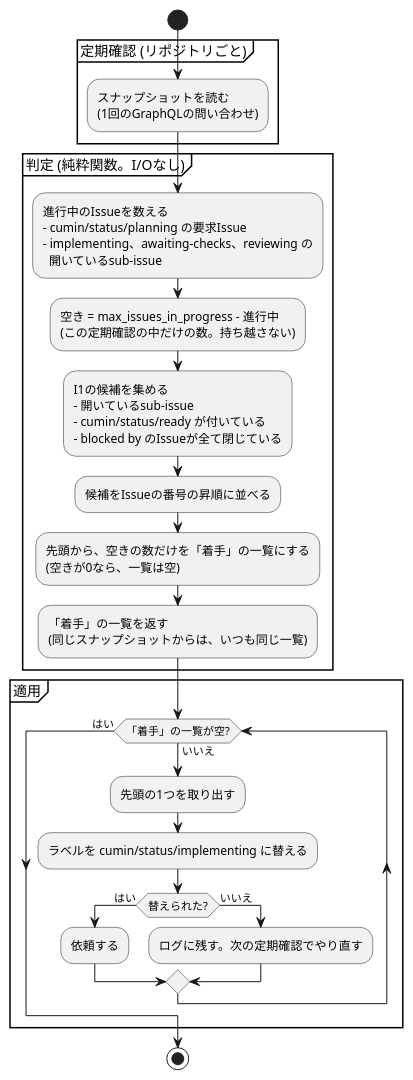
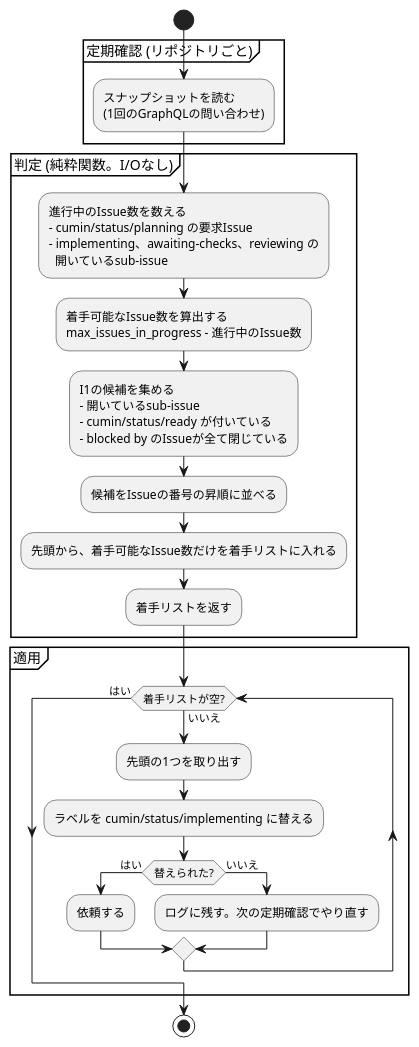
The diagram in docs/ja/designs/cumin-core-decide.puml (cloveclovedev/cumin-works), drawn with PlantUML before and after one commit. The commit also changed 2 other files, not shown here.

Commit message:
docs(designs): reword the poll decision flowchart
Refs #63

Claude-Session: https://claude.ai/code/session_01CuH4C7GSopw23VYFhpxdmr

```diff
--- a/docs/ja/designs/cumin-core-decide.puml
+++ b/docs/ja/designs/cumin-core-decide.puml
@@ -1,42 +1,40 @@
 @startuml cumin-core-decide
-' cumin works - 定期確認の判定。スナップショットから動作の列を決める。
+' cumin works - 定期確認の判定。スナップショットから着手リストを決める。
 ' 行の番号 (I1 など) は issue-states.md の表に対応する。
 ' SVGの書き出し: リポジトリの直下で scripts/render-diagrams.sh を実行する。
 skinparam shadowing false
 skinparam defaultFontName sans-serif
 
 start
 partition "定期確認 (リポジトリごと)" {
   :スナップショットを読む
   (1回のGraphQLの問い合わせ);
 }
 partition "判定 (純粋関数。I/Oなし)" {
-  :進行中のIssueを数える
+  :進行中のIssue数を数える
   - cumin/status/planning の要求Issue
   - implementing、awaiting-checks、reviewing の
     開いているsub-issue;
-  :空き = max_issues_in_progress - 進行中
-  (この定期確認の中だけの数。持ち越さない);
+  :着手可能なIssue数を算出する
+  max_issues_in_progress - 進行中のIssue数;
   :I1の候補を集める
   - 開いているsub-issue
   - cumin/status/ready が付いている
   - blocked by のIssueが全て閉じている;
   :候補をIssueの番号の昇順に並べる;
-  :先頭から、空きの数だけを「着手」の一覧にする
-  (空きが0なら、一覧は空);
-  :「着手」の一覧を返す
-  (同じスナップショットからは、いつも同じ一覧);
+  :先頭から、着手可能なIssue数だけを着手リストに入れる;
+  :着手リストを返す;
 }
 partition "適用" {
-  while (「着手」の一覧が空?) is (いいえ)
+  while (着手リストが空?) is (いいえ)
     :先頭の1つを取り出す;
     :ラベルを cumin/status/implementing に替える;
     if (替えられた?) then (はい)
       :依頼する;
     else (いいえ)
       :ログに残す。次の定期確認でやり直す;
     endif
   endwhile (はい)
 }
 stop
 @enduml
```
